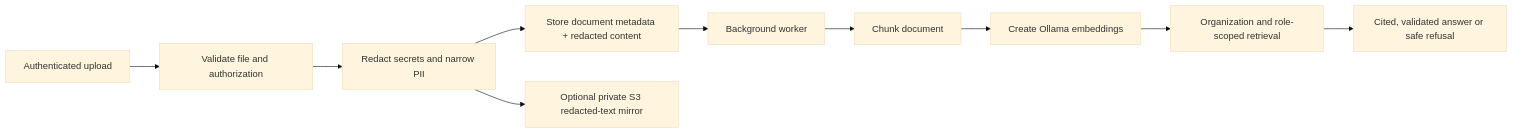
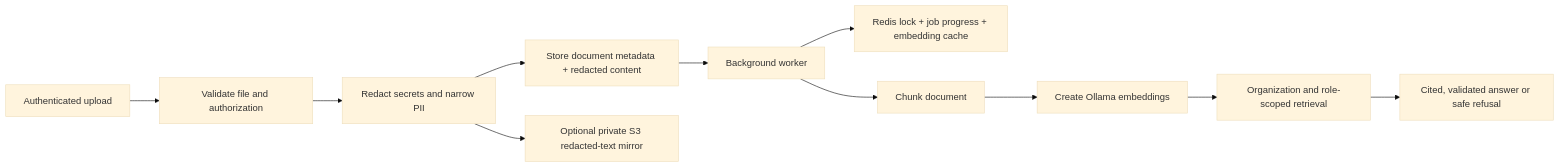
One commit to Shruti9756/secure-cloudops-copilot changed the second of 2 diagrams in README.md. Above: the diagram before and after it, drawn with Mermaid (base theme). The commit also changed other lines of this file and 3 other files, not shown here.

```diff
--- a/README.md
+++ b/README.md
@@ -83,12 +90,13 @@
 ~~~mermaid
 flowchart LR
     Upload["Authenticated upload"] --> Validate["Validate file and authorization"]
     Validate --> Redact["Redact secrets and narrow PII"]
     Redact --> Database["Store document metadata + redacted content"]
     Redact --> S3["Optional private S3 redacted-text mirror"]
     Database --> Worker["Background worker"]
+    Worker --> RedisState["Redis lock + job progress + embedding cache"]
     Worker --> Chunk["Chunk document"]
     Chunk --> Embed["Create Ollama embeddings"]
     Embed --> Search["Organization and role-scoped retrieval"]
     Search --> Answer["Cited, validated answer or safe refusal"]
 ~~~
```
